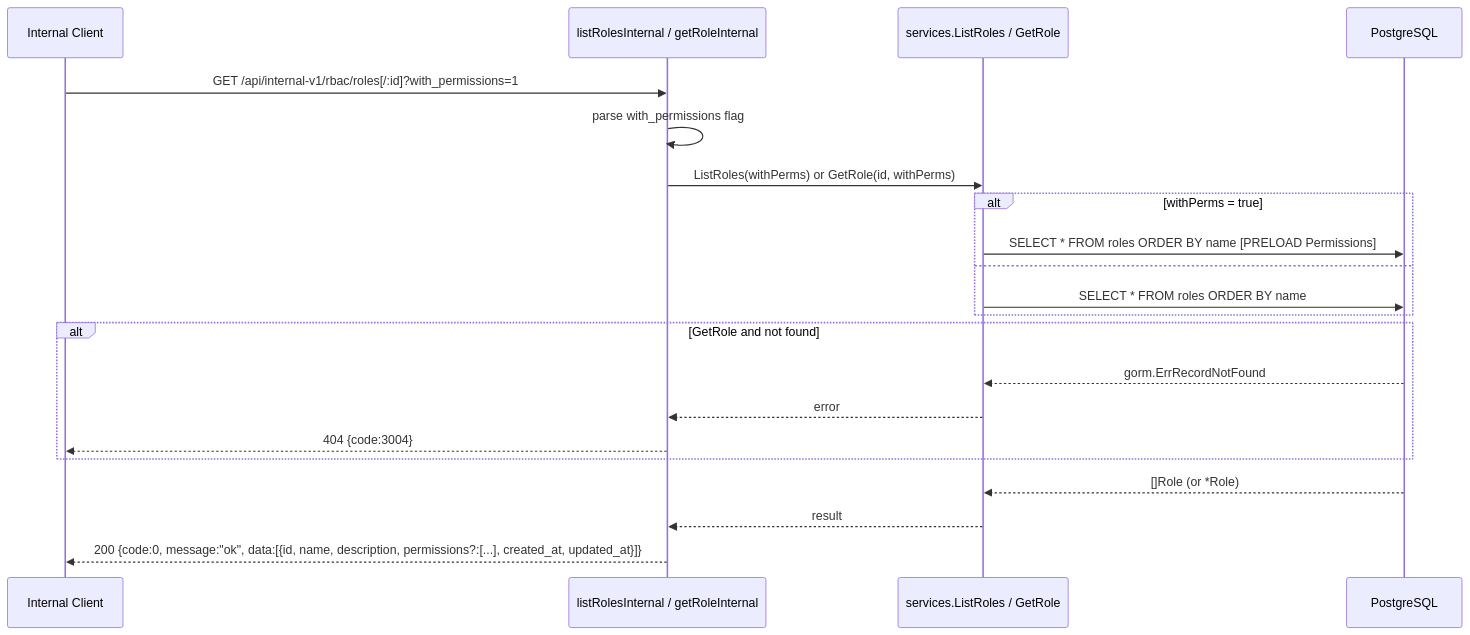
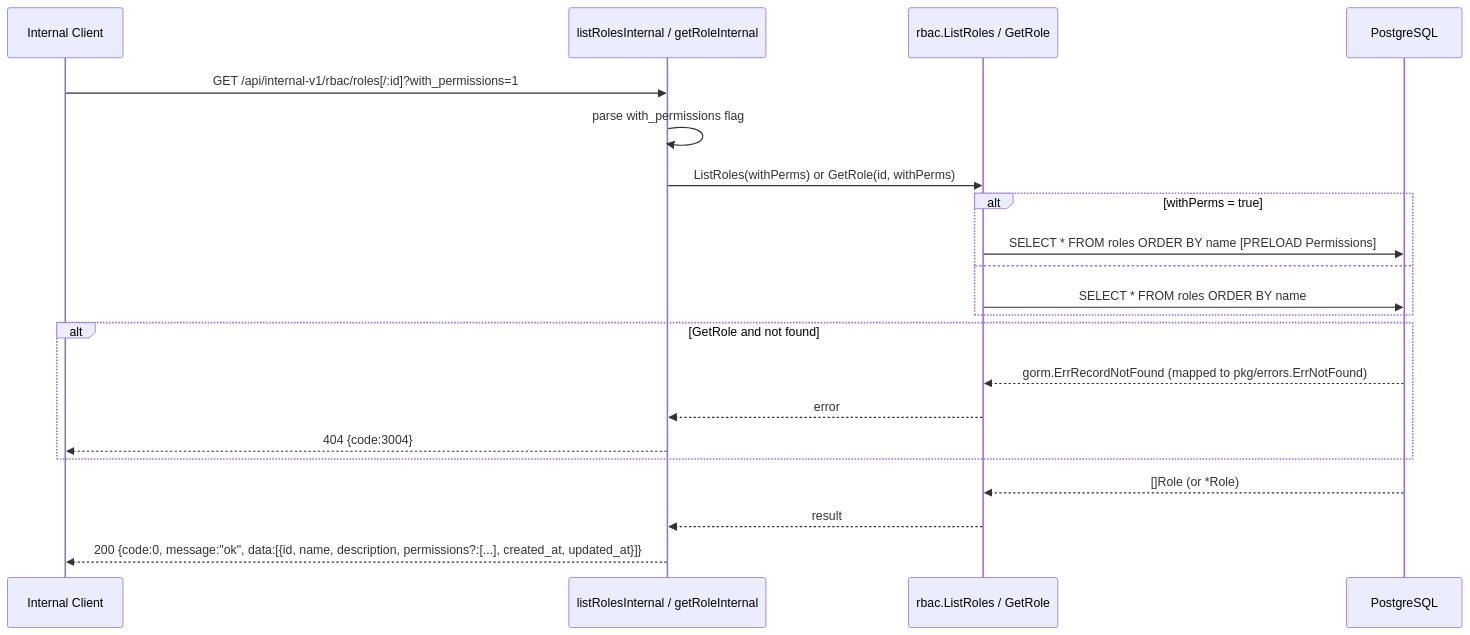
Diagram 15 of 23 in docs/sequence_diagrams.md (lkienkle11/be-mycourse), drawn with Mermaid before and after one commit. The commit also changed other lines of this file and 19 other files, not shown here.

Commit message:
docs: align architecture and module docs with package refactor

````diff
--- a/docs/sequence_diagrams.md
+++ b/docs/sequence_diagrams.md
@@ -653,28 +653,28 @@
 ```mermaid
 sequenceDiagram
     participant C as Internal Client
     participant H as listRolesInternal / getRoleInternal
-    participant SVC as services.ListRoles / GetRole
+    participant SVC as rbac.ListRoles / GetRole
     participant DB as PostgreSQL
 
     C->>H: GET /api/internal-v1/rbac/roles[/:id]?with_permissions=1
     H->>H: parse with_permissions flag
     H->>SVC: ListRoles(withPerms) or GetRole(id, withPerms)
 
     alt withPerms = true
         SVC->>DB: SELECT * FROM roles ORDER BY name [PRELOAD Permissions]
     else
         SVC->>DB: SELECT * FROM roles ORDER BY name
     end
 
     alt GetRole and not found
-        DB-->>SVC: gorm.ErrRecordNotFound
+        DB-->>SVC: gorm.ErrRecordNotFound (mapped to pkg/errors.ErrNotFound)
         SVC-->>H: error
         H-->>C: 404 {code:3004}
     end
 
     DB-->>SVC: []Role (or *Role)
     SVC-->>H: result
 
     H-->>C: 200 {code:0, message:"ok", data:[{id, name, description, permissions?:[...], created_at, updated_at}]}
 ```
````
